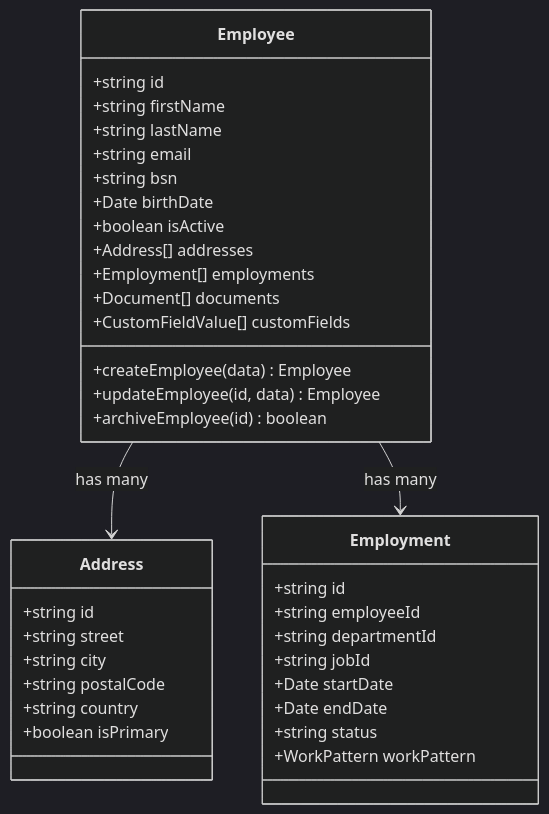
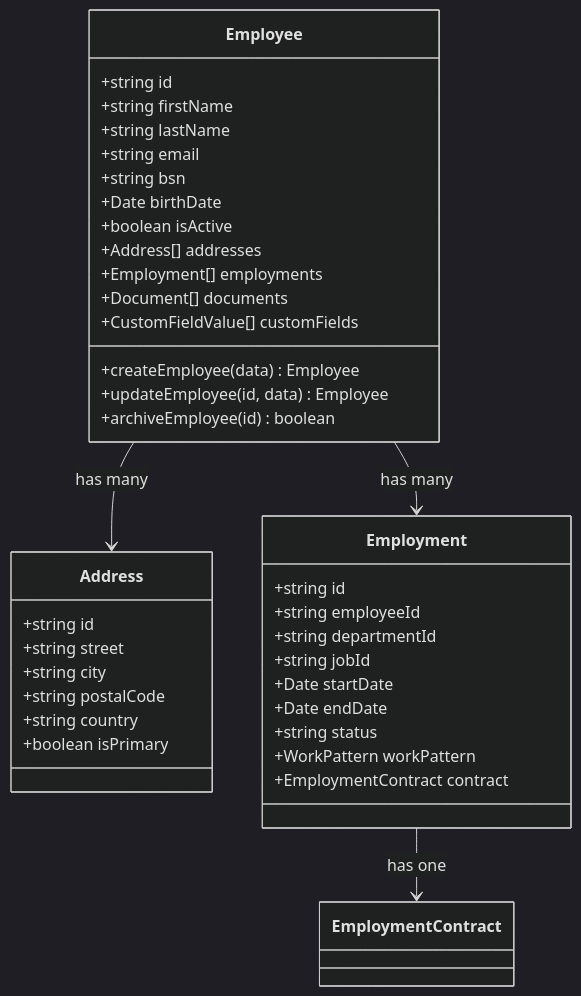
Before and after one commit to EdwinCycling/LiquidHR: the fifth of 8 diagrams in .qoder/repowiki/en/content/Architecture Overview/Backend Architecture/API Routes Architecture.md, drawn with Mermaid (dark theme). The commit also changed other lines of this file and 73 other files, not shown here.

````diff
--- a/.qoder/repowiki/en/content/Architecture Overview/Backend Architecture/API Routes Architecture.md
+++ b/.qoder/repowiki/en/content/Architecture Overview/Backend Architecture/API Routes Architecture.md
@@ -224,39 +249,41 @@
 ```mermaid
 classDiagram
 class Employee {
 +string id
 +string firstName
 +string lastName
 +string email
 +string bsn
 +Date birthDate
 +boolean isActive
 +Address[] addresses
 +Employment[] employments
 +Document[] documents
 +CustomFieldValue[] customFields
 +createEmployee(data) Employee
 +updateEmployee(id, data) Employee
 +archiveEmployee(id) boolean
 }
 class Address {
 +string id
 +string street
 +string city
 +string postalCode
 +string country
 +boolean isPrimary
 }
 class Employment {
 +string id
 +string employeeId
 +string departmentId
 +string jobId
 +Date startDate
 +Date endDate
 +string status
 +WorkPattern workPattern
++EmploymentContract contract
 }
 Employee --> Address : has many
 Employee --> Employment : has many
+Employment --> EmploymentContract : has one
 ```
````
